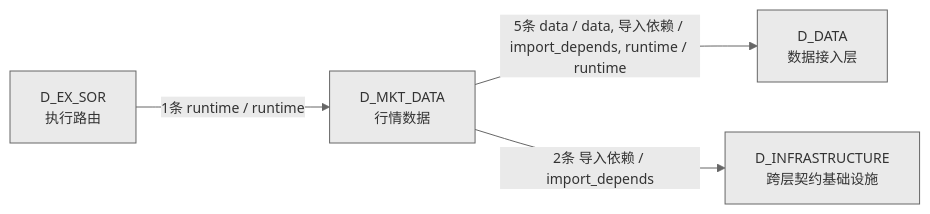
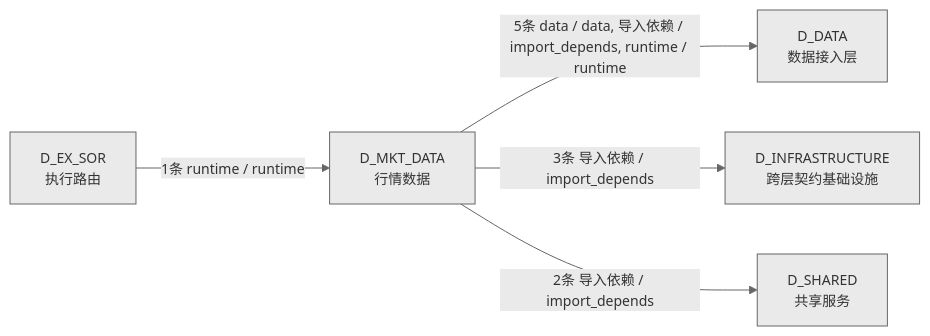
Before and after one commit to xuanFelixVan/ZephyrAlpha: the fourth of 4 diagrams in docs/02_enterprise_architecture/02_domain_architecture_docs/23_d_mkt_data.md, drawn with Mermaid. The commit also changed other lines of this file and 46 other files, not shown here.

````diff
--- a/docs/02_enterprise_architecture/02_domain_architecture_docs/23_d_mkt_data.md
+++ b/docs/02_enterprise_architecture/02_domain_architecture_docs/23_d_mkt_data.md
@@ -189,11 +196,13 @@
 ```mermaid
 %%{init: {'theme': 'base', 'themeVariables': {'primaryColor': '#eaeaea', 'primaryTextColor': '#333333', 'primaryBorderColor': '#666666', 'lineColor': '#666666', 'secondaryColor': '#eaeaea', 'tertiaryColor': '#eaeaea', 'fontSize': '14px'}}}%%
 graph LR
     D_MKT_DATA["D_MKT_DATA<br/>行情数据"]
     D_DATA["D_DATA<br/>数据接入层"]
     D_INFRASTRUCTURE["D_INFRASTRUCTURE<br/>跨层契约基础设施"]
+    D_SHARED["D_SHARED<br/>共享服务"]
     D_EX_SOR["D_EX_SOR<br/>执行路由"]
     D_MKT_DATA -->|5条 data / data, 导入依赖 / import_depends, runtime / runtime| D_DATA
-    D_MKT_DATA -->|2条 导入依赖 / import_depends| D_INFRASTRUCTURE
+    D_MKT_DATA -->|3条 导入依赖 / import_depends| D_INFRASTRUCTURE
+    D_MKT_DATA -->|2条 导入依赖 / import_depends| D_SHARED
     D_EX_SOR -->|1条 runtime / runtime| D_MKT_DATA
 ```
````
